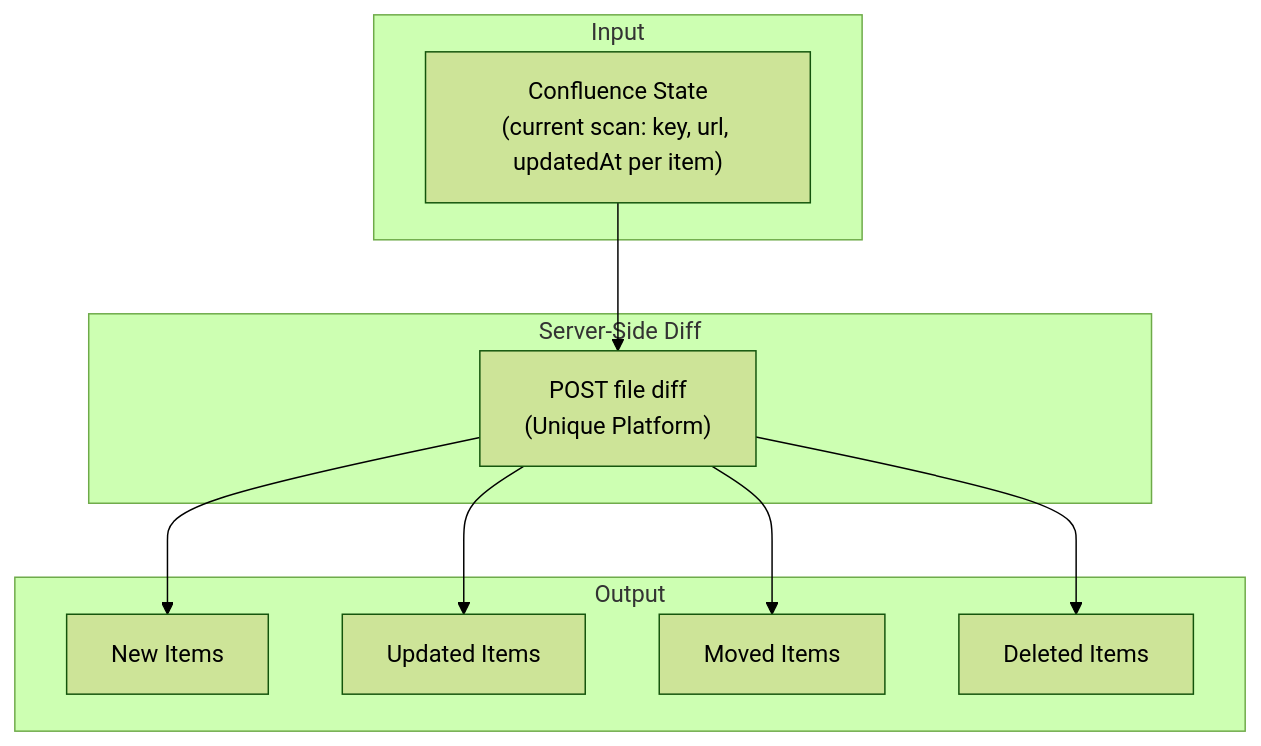
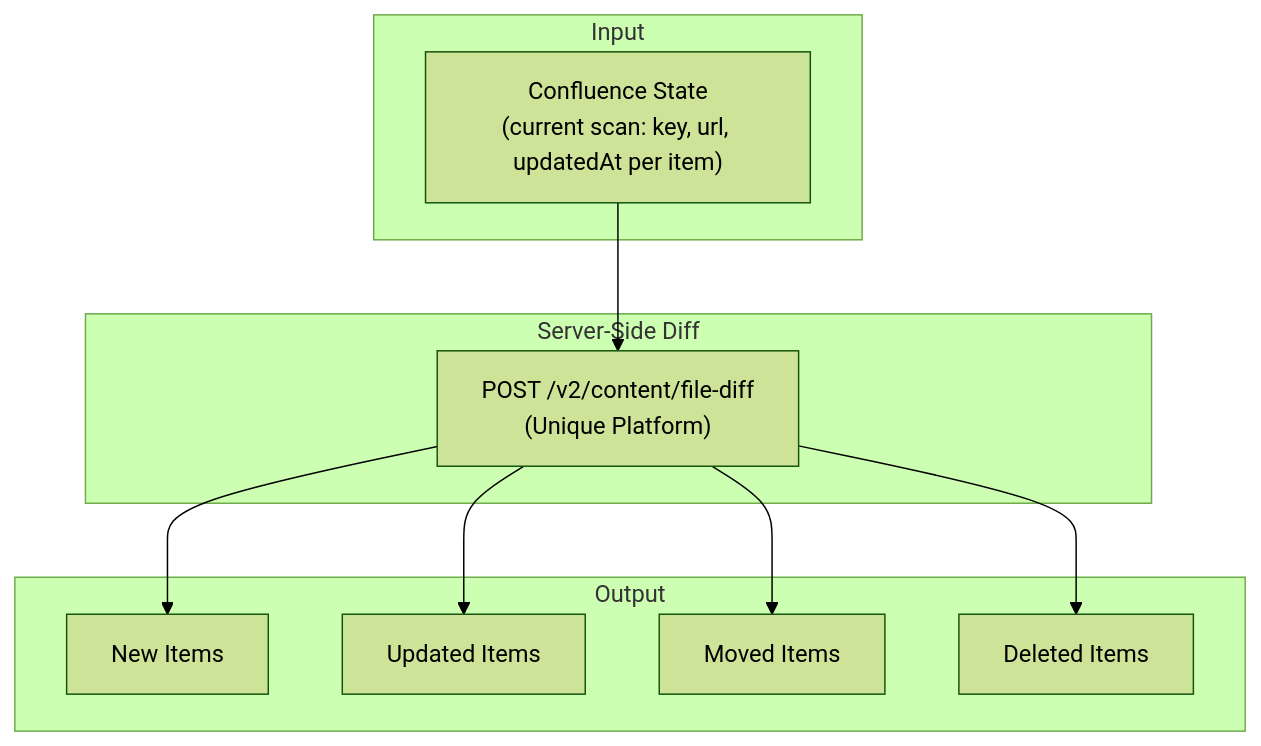
One commit to Unique-AG/connectors changed the fourth of 6 diagrams in services/confluence-connector/docs/technical/flows.md. Above: the diagram before and after it, drawn with Mermaid (forest theme). The commit also changed other lines of this file, not shown here.

First line of the commit message:
fix: add /v2/content/file-diff endpoint to File Diff Mechanism

````diff
--- a/services/confluence-connector/docs/technical/flows.md
+++ b/services/confluence-connector/docs/technical/flows.md
@@ -240,23 +240,23 @@
 ```mermaid
 flowchart TB
     subgraph Input["Input"]
         ConfluenceState["Confluence State<br/>(current scan: key, url, updatedAt per item)"]
     end
 
     subgraph Comparison["Server-Side Diff"]
-        Compare["POST file diff<br/>(Unique Platform)"]
+        Compare["POST /v2/content/file-diff<br/>(Unique Platform)"]
     end
 
     subgraph Output["Output"]
         New["New Items"]
         Modified["Updated Items"]
         Moved["Moved Items"]
         Deleted["Deleted Items"]
     end
 
     ConfluenceState --> Compare
     Compare --> New
     Compare --> Modified
     Compare --> Moved
     Compare --> Deleted
 ```
````
